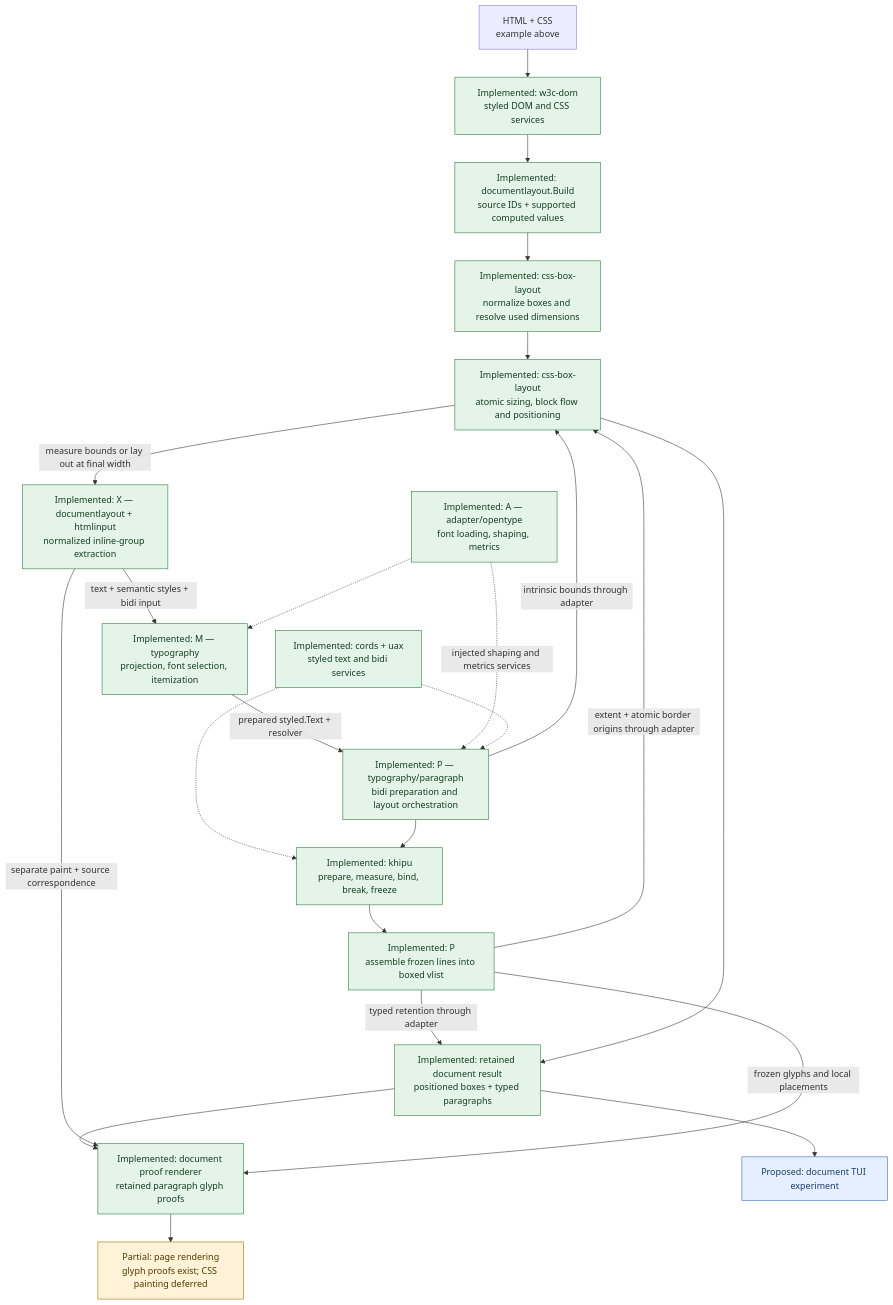
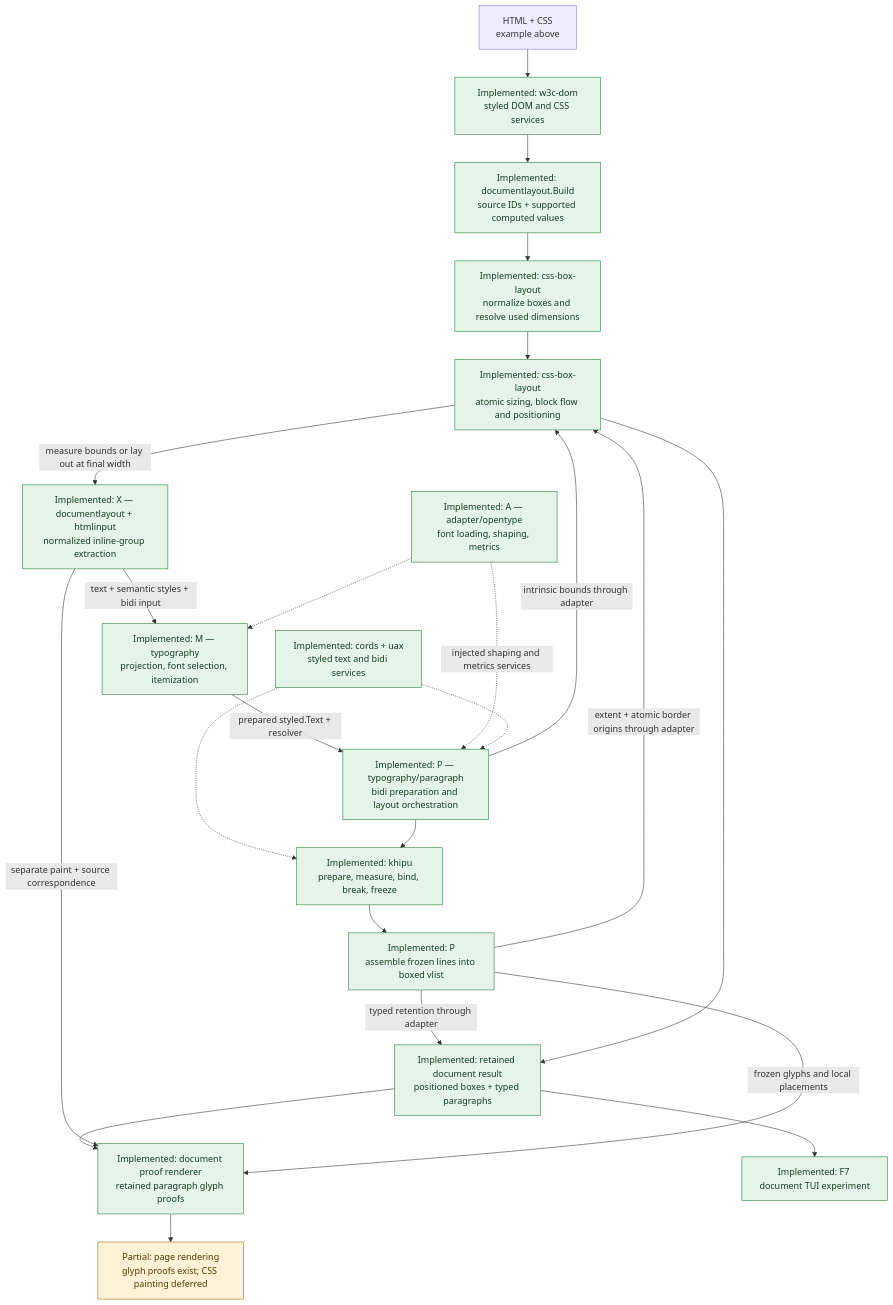
Before and after one commit to npillmayer/tytui: the first of 3 diagrams in doc/DOCUMENT_LAYOUT_VIEWS.md, drawn with Mermaid. The commit also changed other lines of this file and 29 other files, not shown here.

````diff
--- a/doc/DOCUMENT_LAYOUT_VIEWS.md
+++ b/doc/DOCUMENT_LAYOUT_VIEWS.md
@@ -45,44 +46,43 @@
 ```mermaid
 flowchart TD
     Source["HTML + CSS<br/>example above"]
     DOM["Implemented: w3c-dom<br/>styled DOM and CSS services"]
     Doc["Implemented: documentlayout.Build<br/>source IDs + supported computed values"]
     Box["Implemented: css-box-layout<br/>normalize boxes and resolve used dimensions"]
     Flow["Implemented: css-box-layout<br/>atomic sizing, block flow and positioning"]
     X["Implemented: X — documentlayout + htmlinput<br/>normalized inline-group extraction"]
     M["Implemented: M — typography<br/>projection, font selection, itemization"]
     P["Implemented: P — typography/paragraph<br/>bidi preparation and layout orchestration"]
     K["Implemented: khipu<br/>prepare, measure, bind, break, freeze"]
     V["Implemented: P<br/>assemble frozen lines into boxed vlist"]
     A["Implemented: A — adapter/opentype<br/>font loading, shaping, metrics"]
     CU["Implemented: cords + uax<br/>styled text and bidi services"]
     Result["Implemented: retained document result<br/>positioned boxes + typed paragraphs"]
     Render["Implemented: document proof renderer<br/>retained paragraph glyph proofs"]
-    UI["Proposed: document TUI experiment"]
+    UI["Implemented: F7 document TUI experiment"]
     Paint["Partial: page rendering<br/>glyph proofs exist; CSS painting deferred"]
 
     Source --> DOM --> Doc --> Box --> Flow
     Flow -->|"measure bounds or lay out at final width"| X
     X -->|"text + semantic styles + bidi input"| M
     M -->|"prepared styled.Text + resolver"| P
     A -.-> M
     A -.->|"injected shaping and metrics services"| P
     CU -.-> P
     CU -.-> K
     P --> K --> V
     P -->|"intrinsic bounds through adapter"| Flow
     V -->|"extent + atomic border origins through adapter"| Flow
     V -->|"typed retention through adapter"| Result
     Flow --> Result --> Render
     Result --> UI
     Render --> Paint
     X -->|"separate paint + source correspondence"| Render
     V -->|"frozen glyphs and local placements"| Render
 
     classDef implemented fill:#e5f4e8,stroke:#28783b,color:#153d20;
     classDef partial fill:#fff2d6,stroke:#9b6b00,color:#523900;
     classDef proposed fill:#e6efff,stroke:#3567a8,color:#193b68;
-    class DOM,Doc,Box,Flow,X,M,P,K,V,A,CU,Result,Render implemented;
+    class DOM,Doc,Box,Flow,X,M,P,K,V,A,CU,Result,Render,UI implemented;
     class Paint partial;
-    class UI proposed;
 ```
````
